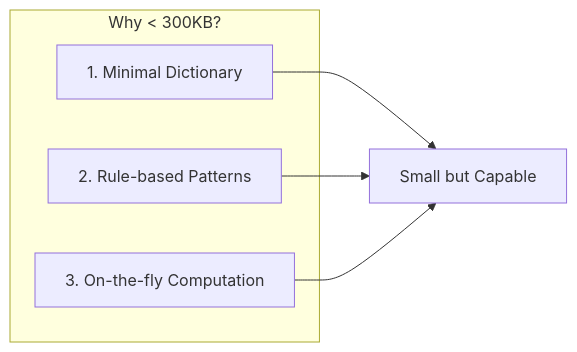
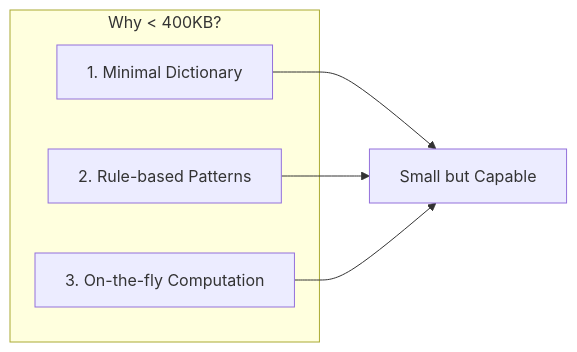
One commit to libraz/suzume-homepage changed the first of 4 diagrams in src/docs/how-it-works.md. Above: the diagram before and after it, drawn with Mermaid. The commit also changed other lines of this file and 18 other files, not shown here.

````diff
--- a/src/docs/how-it-works.md
+++ b/src/docs/how-it-works.md
@@ -21,12 +21,12 @@
 ```mermaid
 flowchart LR
-    subgraph Size["Why < 300KB?"]
+    subgraph Size["Why < 400KB?"]
         A["1. Minimal Dictionary"]
         B["2. Rule-based Patterns"]
         C["3. On-the-fly Computation"]
     end
 
     A --> Result["Small but Capable"]
     B --> Result
     C --> Result
 ```
````
